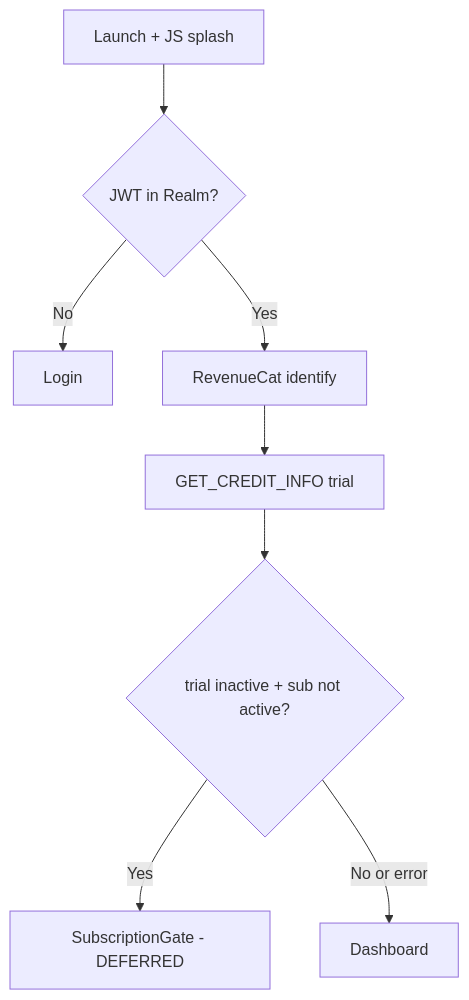
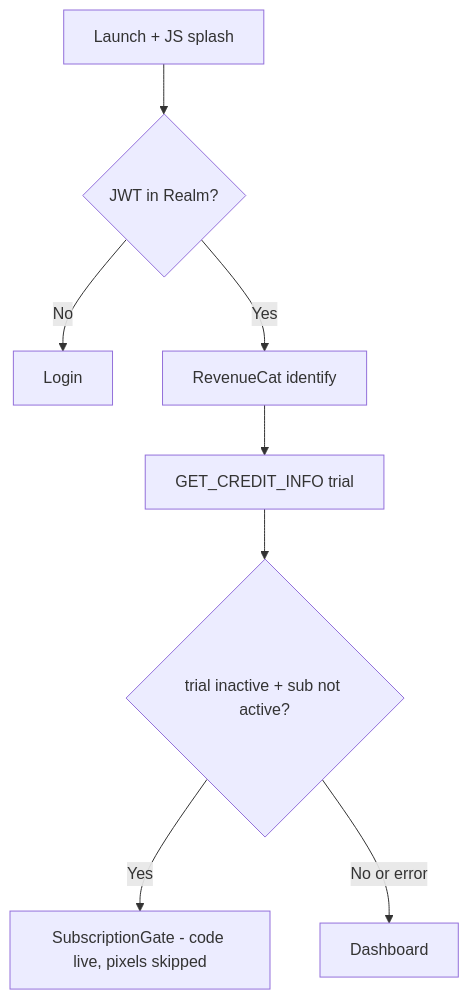
The first of 3 diagrams in design/02-User-Interface/Navigation.md (DhruvDave01/territorool-ai-brain), drawn with Mermaid before and after one commit. The commit also changed 27 other files, not shown here.

````diff
--- a/design/02-User-Interface/Navigation.md
+++ b/design/02-User-Interface/Navigation.md
@@ -16,10 +16,10 @@
 ```mermaid
 flowchart TD
   A[Launch + JS splash] --> B{JWT in Realm?}
   B -->|No| L[Login]
   B -->|Yes| C[RevenueCat identify]
   C --> D[GET_CREDIT_INFO trial]
   D --> E{trial inactive + sub not active?}
-  E -->|Yes| G[SubscriptionGate - DEFERRED]
+  E -->|Yes| G[SubscriptionGate - code live, pixels skipped]
   E -->|No or error| H[Dashboard]
 ```
````
